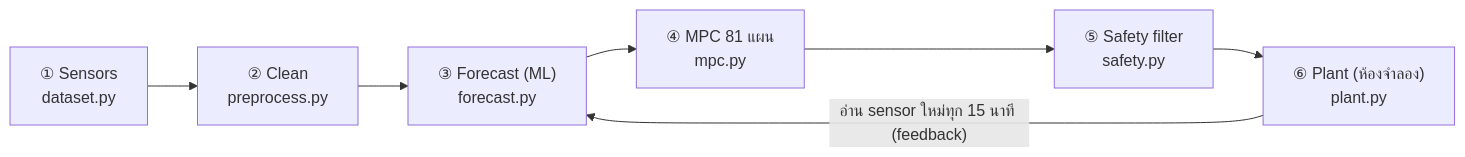
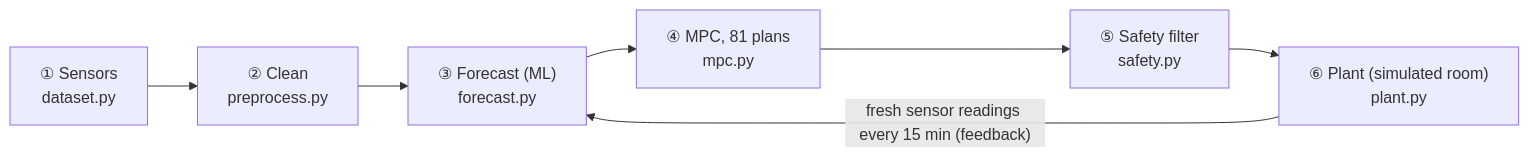
Before and after one commit to NuBFightForMyDream/2110582_AI_and_Its_Applications_CEDT: the diagram in README.md, drawn with Mermaid. The commit also changed other lines of this file, not shown here.

````diff
--- a/README.md
+++ b/README.md
@@ -13,6 +13,6 @@
 ```mermaid
 flowchart LR
     S["① Sensors<br/>dataset.py"] --> P["② Clean<br/>preprocess.py"] --> F["③ Forecast (ML)<br/>forecast.py"]
-    F --> M["④ MPC 81 แผน<br/>mpc.py"] --> G["⑤ Safety filter<br/>safety.py"] --> R["⑥ Plant (ห้องจำลอง)<br/>plant.py"]
-    R -- "อ่าน sensor ใหม่ทุก 15 นาที (feedback)" --> F
+    F --> M["④ MPC, 81 plans<br/>mpc.py"] --> G["⑤ Safety filter<br/>safety.py"] --> R["⑥ Plant (simulated room)<br/>plant.py"]
+    R -- "fresh sensor readings every 15 min (feedback)" --> F
 ```
````
